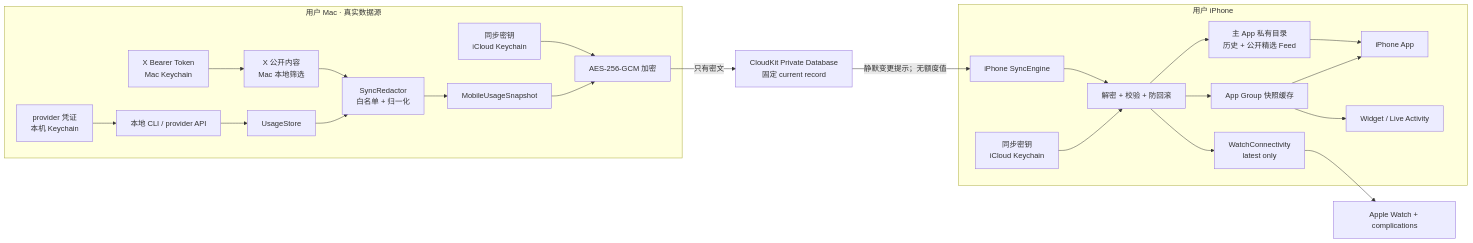
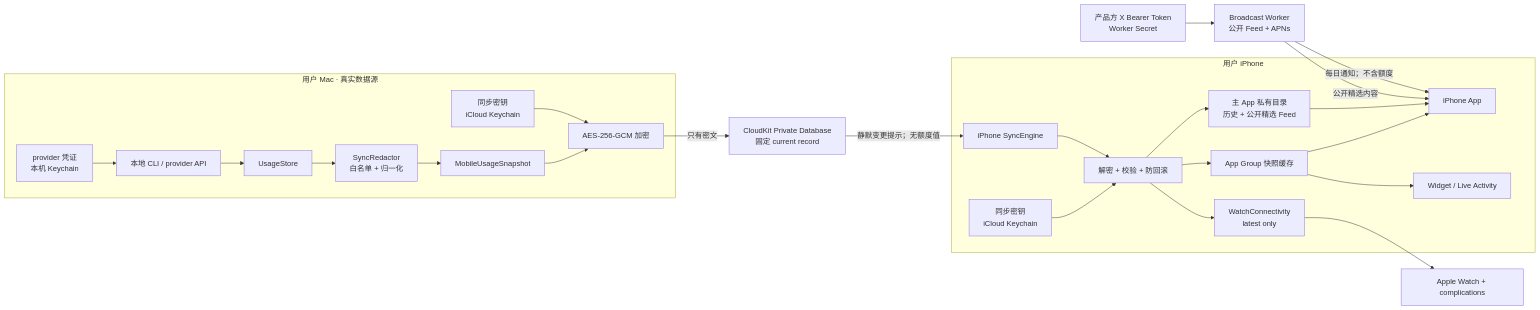
One commit to Carstin520/token-remain changed the diagram in docs/cross-device-sync-privacy-architecture.md. Above: the diagram before and after it, drawn with Mermaid. The commit also changed other lines of this file and 67 other files, not shown here.

````diff
--- a/docs/cross-device-sync-privacy-architecture.md
+++ b/docs/cross-device-sync-privacy-architecture.md
@@ -54,30 +55,32 @@
 ```mermaid
 flowchart LR
     subgraph MAC["用户 Mac · 真实数据源"]
         P["本地 CLI / provider API"] --> C["UsageStore"]
         K1["provider 凭证\n本机 Keychain"] --> P
         C --> R["SyncRedactor\n白名单 + 归一化"]
-        XF["X 公开内容\nMac 本地筛选"] --> R
-        XK["X Bearer Token\nMac Keychain"] --> XF
         R --> S["MobileUsageSnapshot"]
         S --> E["AES-256-GCM 加密"]
         SK1["同步密钥\niCloud Keychain"] --> E
     end
 
     E -->|"只有密文"| CK["CloudKit Private Database\n固定 current record"]
     CK -->|"静默变更提示；无额度值"| F["iPhone SyncEngine"]
 
     subgraph PHONE["用户 iPhone"]
         SK2["同步密钥\niCloud Keychain"] --> D["解密 + 校验 + 防回滚"]
         F --> D
         D --> AG["App Group 快照缓存"]
         AG --> APP["iPhone App"]
         D --> PF["主 App 私有目录\n历史 + 公开精选 Feed"]
         PF --> APP
         AG --> WID["Widget / Live Activity"]
         D --> WC["WatchConnectivity\nlatest only"]
     end
 
     WC --> WATCH["Apple Watch + complications"]
 
+    XK["产品方 X Bearer Token\nWorker Secret"] --> BW["Broadcast Worker\n公开 Feed + APNs"]
+    BW -->|"公开精选内容"| APP
+    BW -->|"每日通知；不含额度"| APP
+
 ```
````
